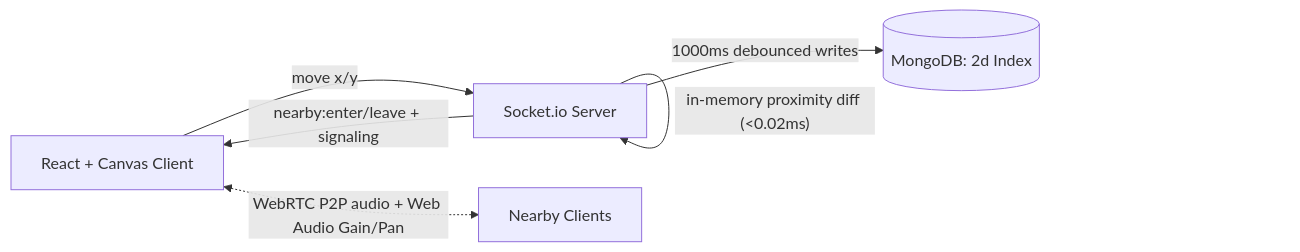
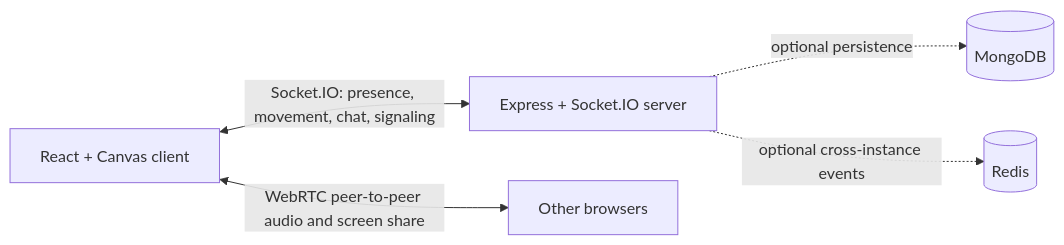
The diagram in README.md (ABHAY-AVA2005/ProxiSpeak-project-Group-10--INFOTACT-), drawn with Mermaid before and after one commit. The commit also changed other lines of this file and 13 other files, not shown here.

````diff
--- a/README.md
+++ b/README.md
@@ -98,8 +137,7 @@
 ```mermaid
 flowchart LR
-    A[React + Canvas Client] -- move x/y --> B[Socket.io Server]
-    B -- in-memory proximity diff (<0.02ms) --> B
-    B -- 1000ms debounced writes --> C[(MongoDB: 2d Index)]
-    B -- nearby:enter/leave + signaling --> A
-    A <-. WebRTC P2P audio + Web Audio Gain/Pan .-> E[Nearby Clients]
+    Browser[React + Canvas client] <-->|Socket.IO: presence, movement, chat, signaling| Server[Express + Socket.IO server]
+    Browser <-->|WebRTC peer-to-peer audio and screen share| Peers[Other browsers]
+    Server -. optional persistence .-> MongoDB[(MongoDB)]
+    Server -. optional cross-instance events .-> Redis[(Redis)]
 ```
````
